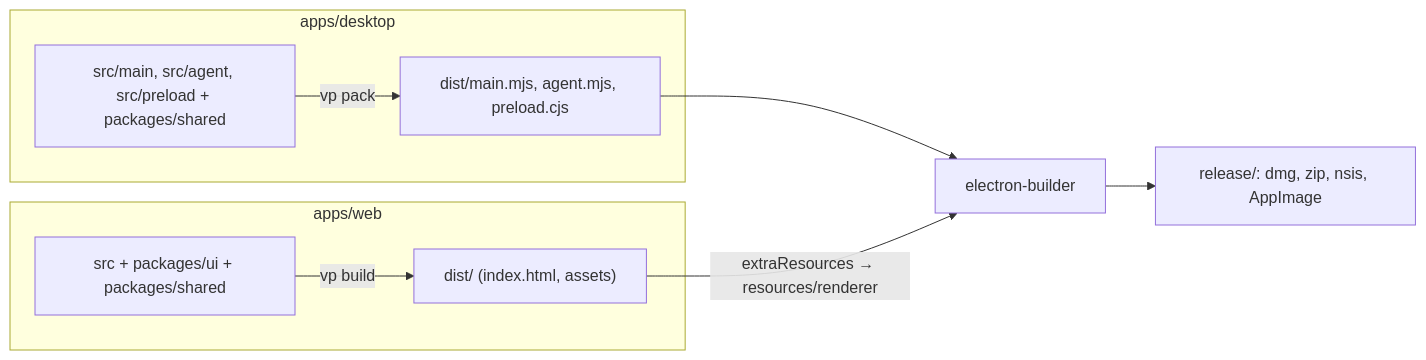
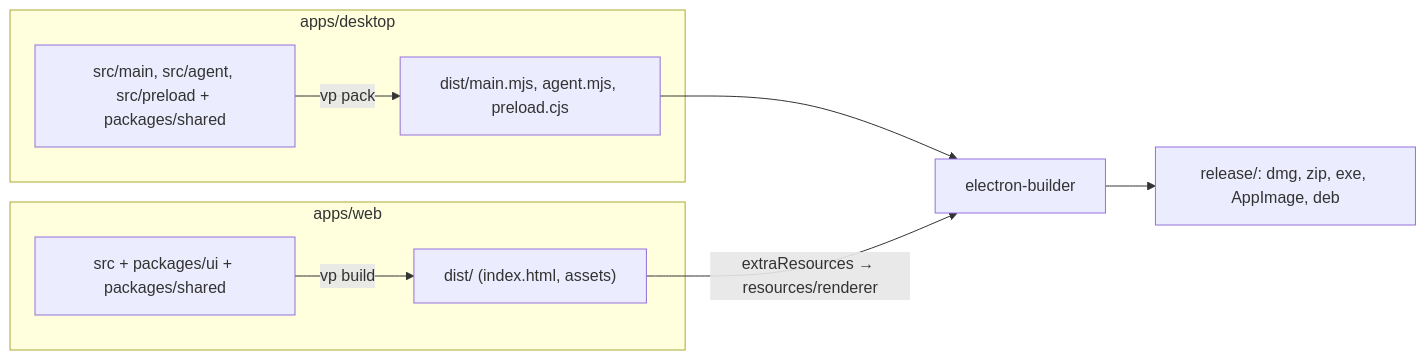
One commit to pp-techs/pp-agent changed the first of 2 diagrams in docs/architecture/build-and-packaging.md. Above: the diagram before and after it, drawn with Mermaid. The commit also changed other lines of this file and 32 other files, not shown here.

````diff
--- a/docs/architecture/build-and-packaging.md
+++ b/docs/architecture/build-and-packaging.md
@@ -47,12 +47,12 @@
 ```mermaid
 flowchart LR
   subgraph web["apps/web"]
     W1["src + packages/ui + packages/shared"] -- "vp build" --> W2["dist/ (index.html, assets)"]
   end
   subgraph desktop["apps/desktop"]
     D1["src/main, src/agent, src/preload + packages/shared"] -- "vp pack" --> D2["dist/main.mjs, agent.mjs, preload.cjs"]
   end
   D2 --> EB["electron-builder"]
   W2 -- "extraResources → resources/renderer" --> EB
-  EB --> OUT["release/: dmg, zip, nsis, AppImage"]
+  EB --> OUT["release/: dmg, zip, exe, AppImage, deb"]
 ```
````
